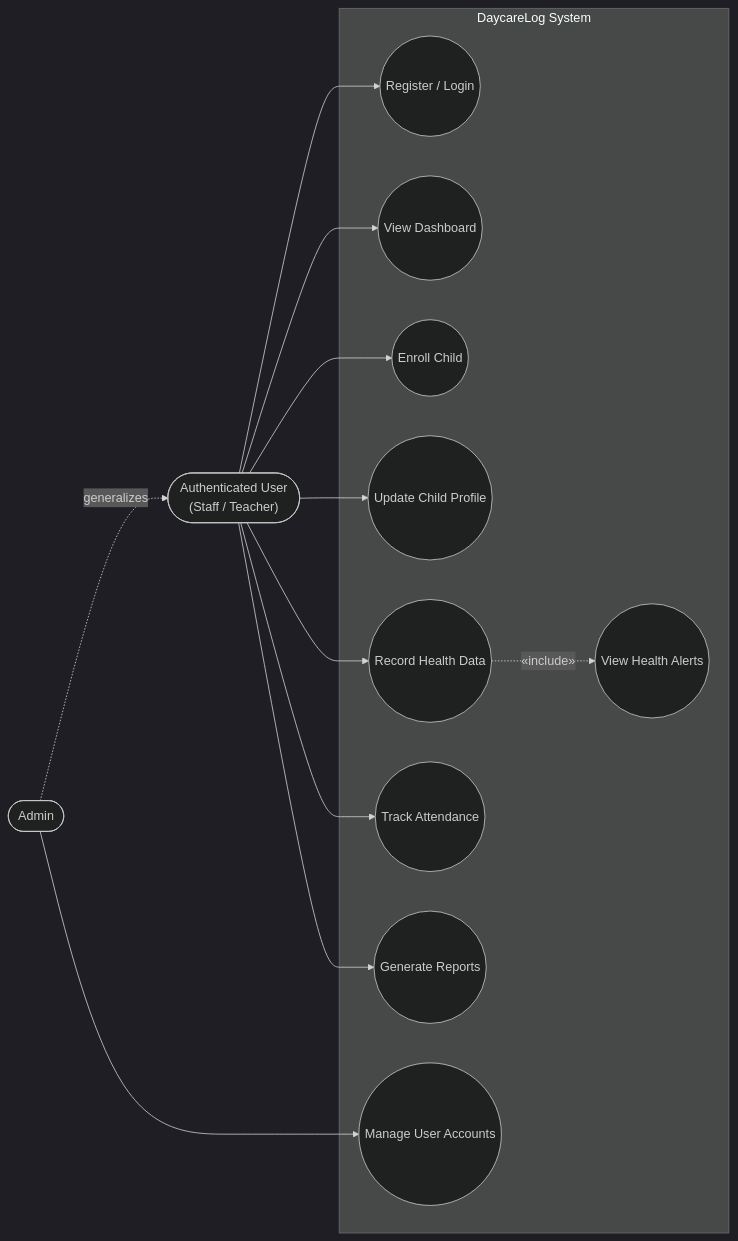
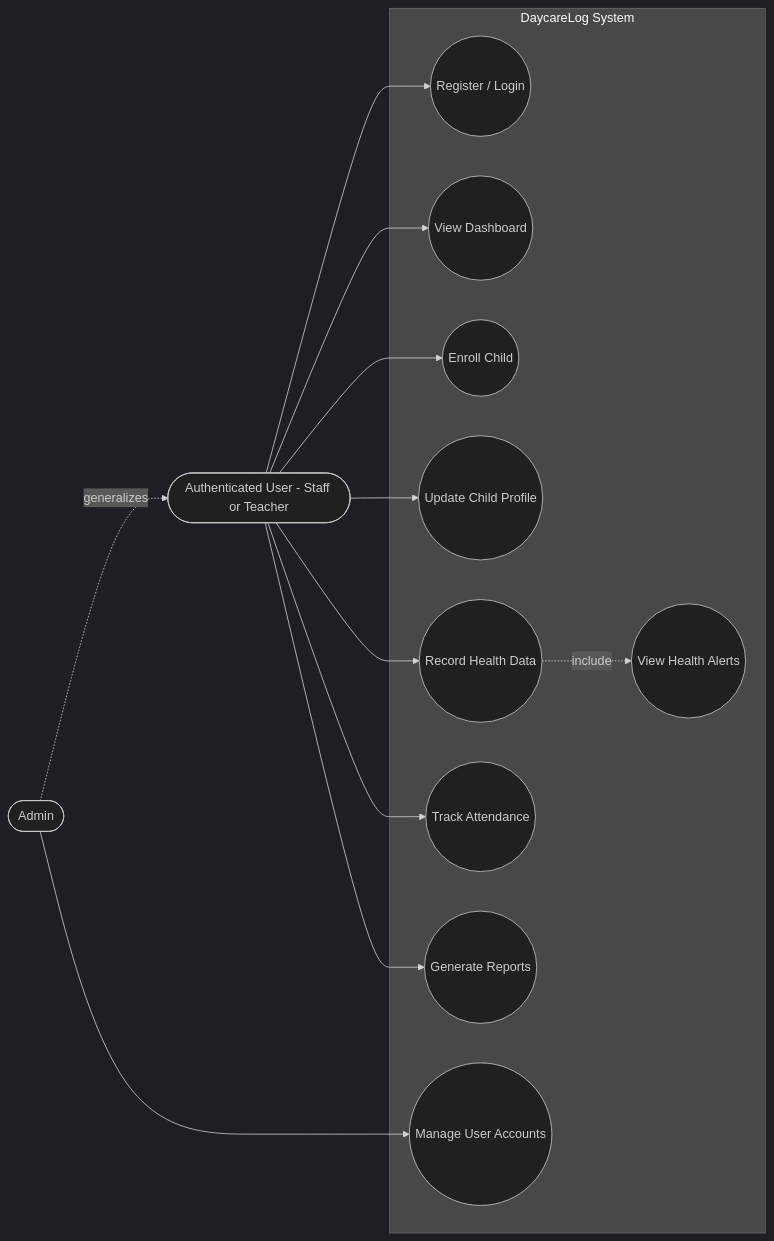
The first of 4 diagrams in docs/SRS_v2.1_revised.md (earl1605/daycarelog), drawn with Mermaid (dark theme) before and after one commit. The commit also changed other lines of this file, not shown here.

First line of the commit message:
fix(docs): make SRS Mermaid diagrams render on GitHub

````diff
--- a/docs/SRS_v2.1_revised.md
+++ b/docs/SRS_v2.1_revised.md
@@ -210,28 +210,28 @@
 ```mermaid
 flowchart LR
-    ActorUser(["Authenticated User<br/>(Staff / Teacher)"])
+    ActorUser(["Authenticated User - Staff or Teacher"])
     ActorAdmin(["Admin"])
 
     subgraph SYS["DaycareLog System"]
         UC1(("Register / Login"))
         UC2(("View Dashboard"))
         UC3(("Enroll Child"))
         UC4(("Update Child Profile"))
         UC5(("Record Health Data"))
         UC6(("View Health Alerts"))
         UC7(("Track Attendance"))
         UC8(("Generate Reports"))
         UC9(("Manage User Accounts"))
     end
 
     ActorUser --> UC1
     ActorUser --> UC2
     ActorUser --> UC3
     ActorUser --> UC4
     ActorUser --> UC5
     ActorUser --> UC7
     ActorUser --> UC8
-    UC5 -. "«include»" .-> UC6
-    ActorAdmin -. generalizes .-> ActorUser
+    UC5 -. "include" .-> UC6
+    ActorAdmin -. "generalizes" .-> ActorUser
     ActorAdmin --> UC9
 ```
````
